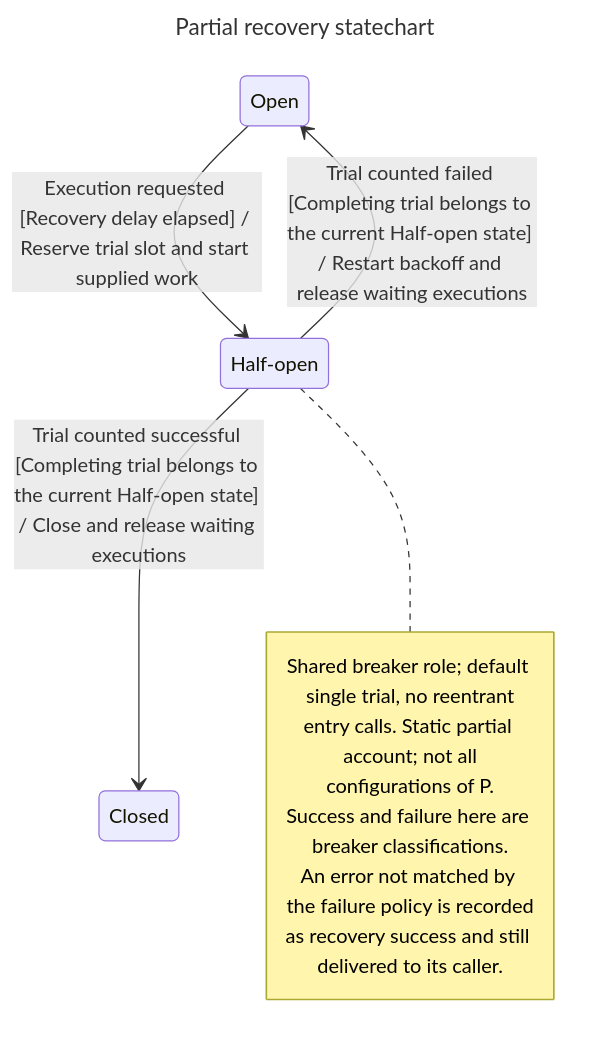
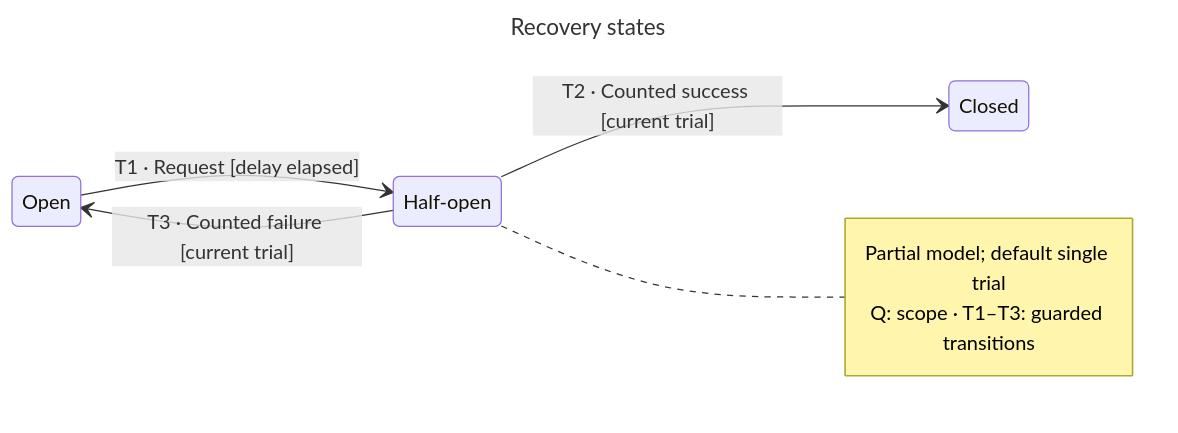
The diagram in notes/structured-account-example/recovery-state.mmd (ronen/postcode), drawn with Mermaid before and after one commit. The commit also changed 29 other files, not shown here.

Commit message:
Clarify diagram overviews with concise labels and keyed legends

```diff
--- a/notes/structured-account-example/recovery-state.mmd
+++ b/notes/structured-account-example/recovery-state.mmd
@@ -1,15 +1,15 @@
 ---
-title: "Partial recovery statechart"
+title: "Recovery states"
 ---
 stateDiagram-v2
-  direction TB
+  direction LR
   state "Closed" as s0
   state "Open" as s1
   state "Half-open" as s2
-  s1 --> s2: Execution requested [Recovery delay elapsed] / Reserve trial slot and start supplied work
-  s2 --> s0: Trial counted successful [Completing trial belongs to the current Half-open state] / Close and release waiting executions
-  s2 --> s1: Trial counted failed [Completing trial belongs to the current Half-open state] / Restart backoff and release waiting executions
+  s1 --> s2: T1 · Request [delay elapsed]
+  s2 --> s0: T2 · Counted success [current trial]
+  s2 --> s1: T3 · Counted failure [current trial]
   note right of s2
-    Shared breaker role#59; default single trial, no reentrant<br/>entry calls. Static partial account#59; not all<br/>configurations of P.
-    Success and failure here are breaker classifications.<br/>An error not matched by the failure policy is recorded<br/>as recovery success and still delivered to its caller.
+    Partial model#59; default single trial
+    Q: scope · T1–T3: guarded transitions
   end note
```
